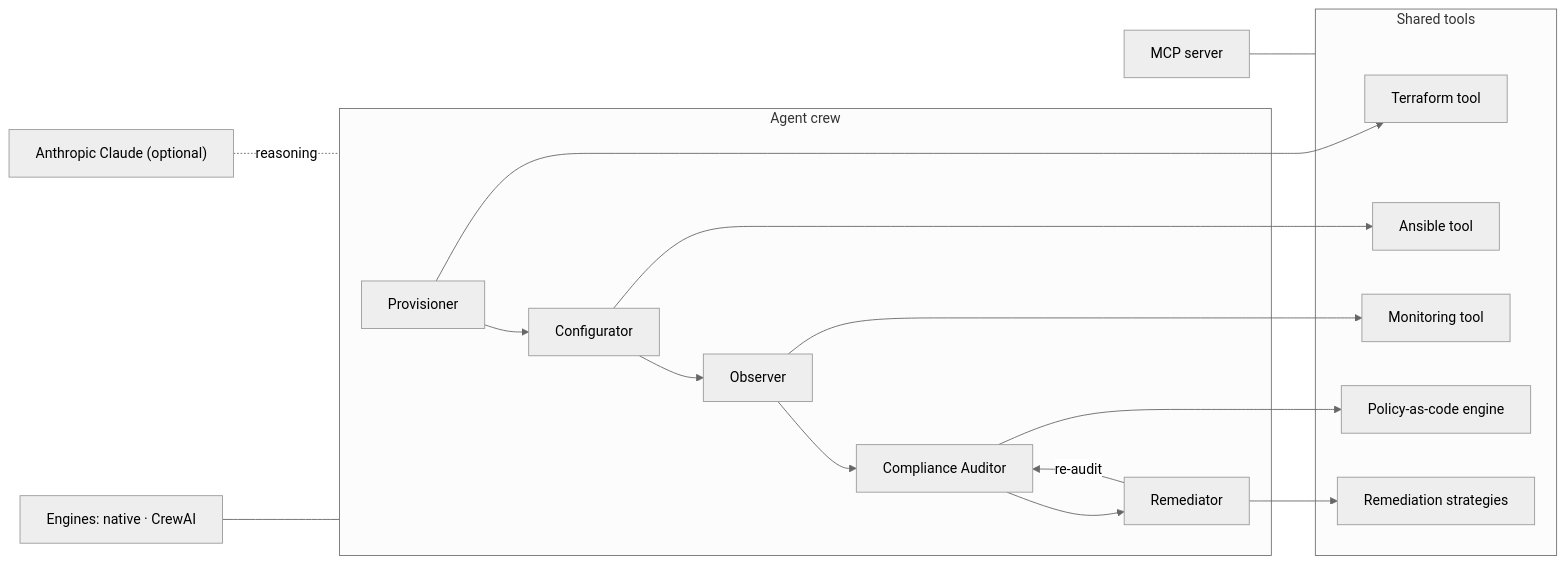
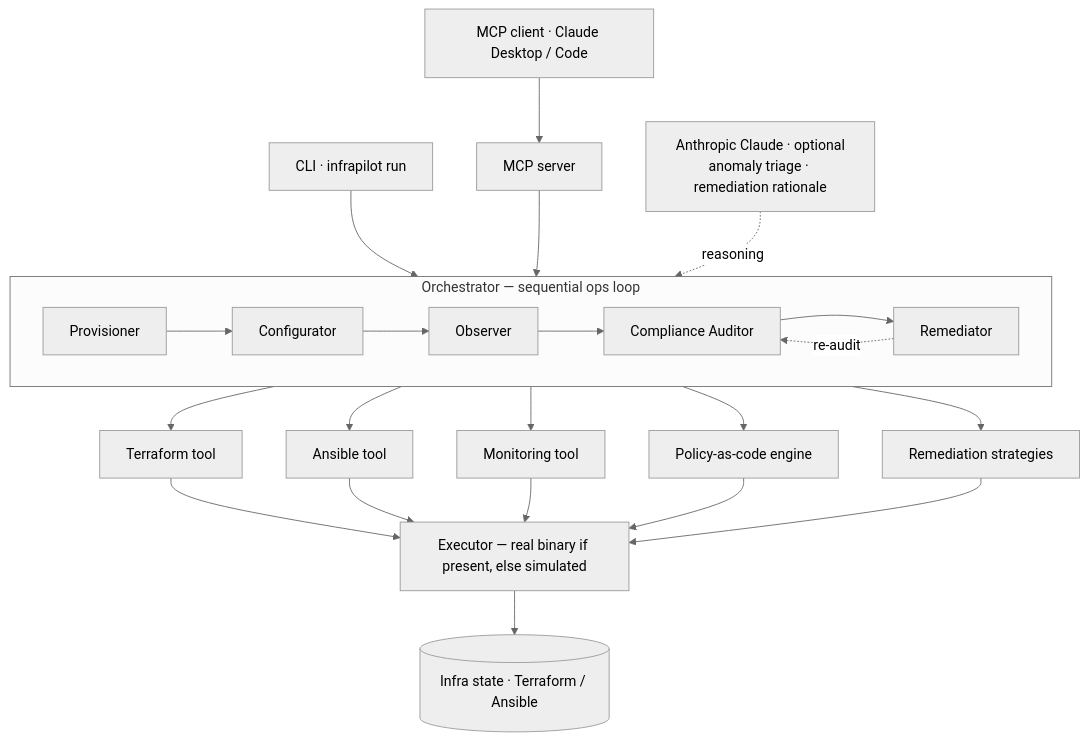
One commit to Gsfrota/infra-pilot changed the diagram in README.md. Above: the diagram before and after it, drawn with Mermaid (neutral theme). The commit also changed other lines of this file and 7 other files, not shown here.

First line of the commit message:
refactor: remove CrewAI/LangChain; single Claude-backed orchestrator

````diff
--- a/README.md
+++ b/README.md
@@ -31,25 +37,26 @@
 ```mermaid
-flowchart LR
-    subgraph Crew["Agent crew"]
+flowchart TB
+    CLI["CLI · infrapilot run"] --> ORCH
+    MCPC["MCP client · Claude Desktop / Code"] --> MCPS["MCP server"] --> ORCH
+
+    subgraph ORCH["Orchestrator — sequential ops loop"]
+        direction LR
         P[Provisioner] --> C[Configurator] --> O[Observer] --> A[Compliance Auditor] --> R[Remediator]
-    end
-    R -- re-audit --> A
-
-    subgraph Tools["Shared tools"]
-        TF[Terraform tool]
-        AN[Ansible tool]
-        MON[Monitoring tool]
-        POL[Policy-as-code engine]
-        REM[Remediation strategies]
+        R -. re-audit .-> A
     end
 
-    P --> TF
-    C --> AN
-    O --> MON
-    A --> POL
-    R --> REM
+    CLAUDE["Anthropic Claude · optional<br/>anomaly triage · remediation rationale"] -. reasoning .-> ORCH
 
-    Engines["Engines: native · CrewAI"] --- Crew
-    MCP["MCP server"] --- Tools
-    LLM["Anthropic Claude (optional)"] -.reasoning.- Crew
+    P --> TF[Terraform tool]
+    C --> AN[Ansible tool]
+    O --> MON[Monitoring tool]
+    A --> POL[Policy-as-code engine]
+    R --> REM[Remediation strategies]
+
+    TF --> EX
+    AN --> EX
+    MON --> EX
+    POL --> EX
+    REM --> EX
+    EX["Executor — real binary if present, else simulated"] --> STATE[("Infra state · Terraform / Ansible")]
 ```
````
